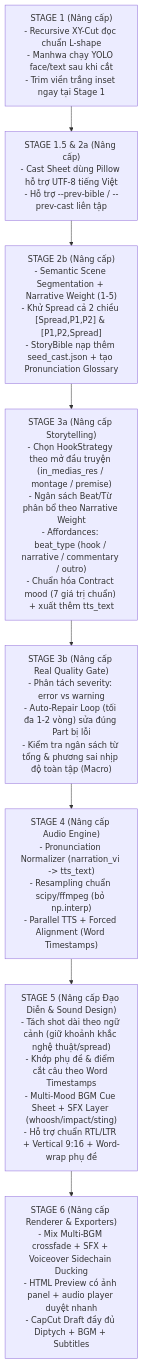
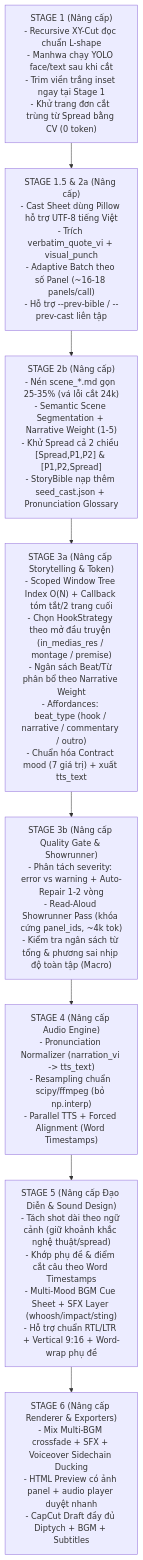
The diagram in docs/ARCHITECTURE_REVIEW.md (daominhwysi/manga-recap), drawn with Mermaid before and after one commit. The commit also changed other lines of this file, not shown here.

Commit message:
docs: add N-page token formula, optimization risk matrix, and script quality plan to ARCHITECTURE_REVIEW.md

````diff
--- a/docs/ARCHITECTURE_REVIEW.md
+++ b/docs/ARCHITECTURE_REVIEW.md
@@ -169,11 +185,11 @@
 ```mermaid
 flowchart TD
-    S1["STAGE 1 (Nâng cấp)\n- Recursive XY-Cut đọc chuẩn L-shape\n- Manhwa chạy YOLO face/text sau khi cắt\n- Trim viền trắng inset ngay tại Stage 1"] --> S2A
-    S2A["STAGE 1.5 & 2a (Nâng cấp)\n- Cast Sheet dùng Pillow hỗ trợ UTF-8 tiếng Việt\n- Hỗ trợ --prev-bible / --prev-cast liên tập"] --> S2B
-    S2B["STAGE 2b (Nâng cấp)\n- Semantic Scene Segmentation + Narrative Weight (1-5)\n- Khử Spread cả 2 chiều [Spread,P1,P2] & [P1,P2,Spread]\n- StoryBible nạp thêm seed_cast.json + tạo Pronunciation Glossary"] --> S3A
-    S3A["STAGE 3a (Nâng cấp Storytelling)\n- Chọn HookStrategy theo mở đầu truyện (in_medias_res / montage / premise)\n- Ngân sách Beat/Từ phân bổ theo Narrative Weight\n- Affordances: beat_type (hook / narrative / commentary / outro)\n- Chuẩn hóa Contract mood (7 giá trị chuẩn) + xuất thêm tts_text"] --> S3B
-    S3B["STAGE 3b (Nâng cấp Real Quality Gate)\n- Phân tách severity: error vs warning\n- Auto-Repair Loop (tối đa 1-2 vòng) sửa đúng Part bị lỗi\n- Kiểm tra ngân sách từ tổng & phương sai nhịp độ toàn tập (Macro)"] --> S4
+    S1["STAGE 1 (Nâng cấp)\n- Recursive XY-Cut đọc chuẩn L-shape\n- Manhwa chạy YOLO face/text sau khi cắt\n- Trim viền trắng inset ngay tại Stage 1\n- Khử trang đơn cắt trùng từ Spread bằng CV (0 token)"] --> S2A
+    S2A["STAGE 1.5 & 2a (Nâng cấp)\n- Cast Sheet dùng Pillow hỗ trợ UTF-8 tiếng Việt\n- Trích verbatim_quote_vi + visual_punch\n- Adaptive Batch theo số Panel (~16-18 panels/call)\n- Hỗ trợ --prev-bible / --prev-cast liên tập"] --> S2B
+    S2B["STAGE 2b (Nâng cấp)\n- Nén scene_*.md gọn 25-35% (vá lỗi cắt 24k)\n- Semantic Scene Segmentation + Narrative Weight (1-5)\n- Khử Spread cả 2 chiều [Spread,P1,P2] & [P1,P2,Spread]\n- StoryBible nạp thêm seed_cast.json + Pronunciation Glossary"] --> S3A
+    S3A["STAGE 3a (Nâng cấp Storytelling & Token)\n- Scoped Window Tree Index O(N) + Callback tóm tắt/2 trang cuối\n- Chọn HookStrategy theo mở đầu truyện (in_medias_res / montage / premise)\n- Ngân sách Beat/Từ phân bổ theo Narrative Weight\n- Affordances: beat_type (hook / narrative / commentary / outro)\n- Chuẩn hóa Contract mood (7 giá trị) + xuất tts_text"] --> S3B
+    S3B["STAGE 3b (Nâng cấp Quality Gate & Showrunner)\n- Phân tách severity: error vs warning + Auto-Repair 1-2 vòng\n- Read-Aloud Showrunner Pass (khóa cứng panel_ids, ~4k tok)\n- Kiểm tra ngân sách từ tổng & phương sai nhịp độ toàn tập (Macro)"] --> S4
     S4["STAGE 4 (Nâng cấp Audio Engine)\n- Pronunciation Normalizer (narration_vi -> tts_text)\n- Resampling chuẩn scipy/ffmpeg (bỏ np.interp)\n- Parallel TTS + Forced Alignment (Word Timestamps)"] --> S5
     S5["STAGE 5 (Nâng cấp Đạo Diễn & Sound Design)\n- Tách shot dài theo ngữ cảnh (giữ khoảnh khắc nghệ thuật/spread)\n- Khớp phụ đề & điểm cắt câu theo Word Timestamps\n- Multi-Mood BGM Cue Sheet + SFX Layer (whoosh/impact/sting)\n- Hỗ trợ chuẩn RTL/LTR + Vertical 9:16 + Word-wrap phụ đề"] --> S6
     S6["STAGE 6 (Nâng cấp Renderer & Exporters)\n- Mix Multi-BGM crossfade + SFX + Voiceover Sidechain Ducking\n- HTML Preview có ảnh panel + audio player duyệt nhanh\n- CapCut Draft đầy đủ Diptych + BGM + Subtitles"]
 ```
````
